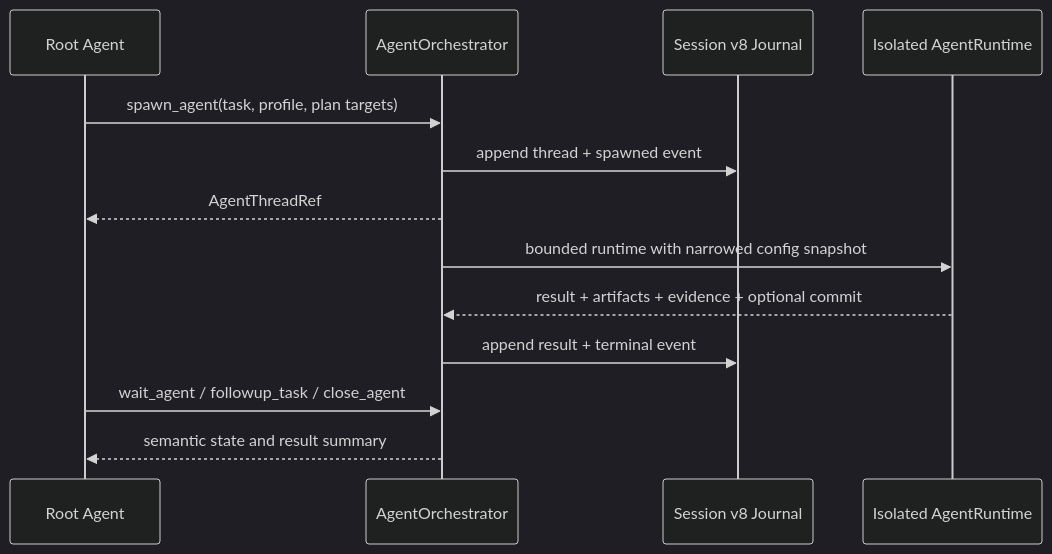
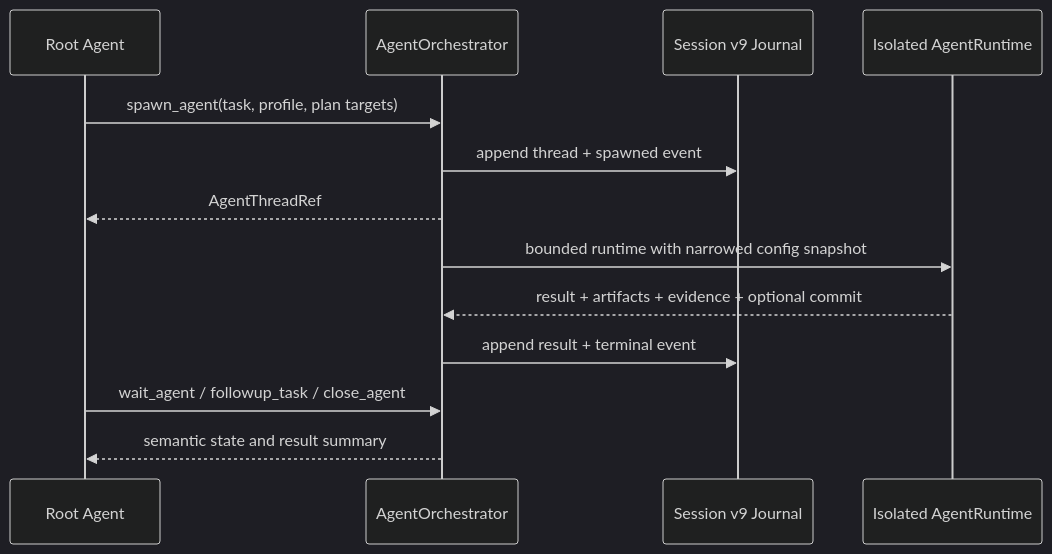
Before and after one commit to JasonYZzz/lumen: the second of 2 diagrams in docs/architecture-guide/06-extensions-and-delegation.md, drawn with Mermaid (dark theme). The commit also changed other lines of this file and 162 other files, not shown here.

````diff
--- a/docs/architecture-guide/06-extensions-and-delegation.md
+++ b/docs/architecture-guide/06-extensions-and-delegation.md
@@ -55,16 +57,16 @@
 ```mermaid
 sequenceDiagram
     participant Parent as Root Agent
     participant AO as AgentOrchestrator
-    participant SR as Session v8 Journal
+    participant SR as Session v9 Journal
     participant Child as Isolated AgentRuntime
 
     Parent->>AO: spawn_agent(task, profile, plan targets)
     AO->>SR: append thread + spawned event
     AO-->>Parent: AgentThreadRef
     AO->>Child: bounded runtime with narrowed config snapshot
     Child-->>AO: result + artifacts + evidence + optional commit
     AO->>SR: append result + terminal event
     Parent->>AO: wait_agent / followup_task / close_agent
     AO-->>Parent: semantic state and result summary
 ```
````
